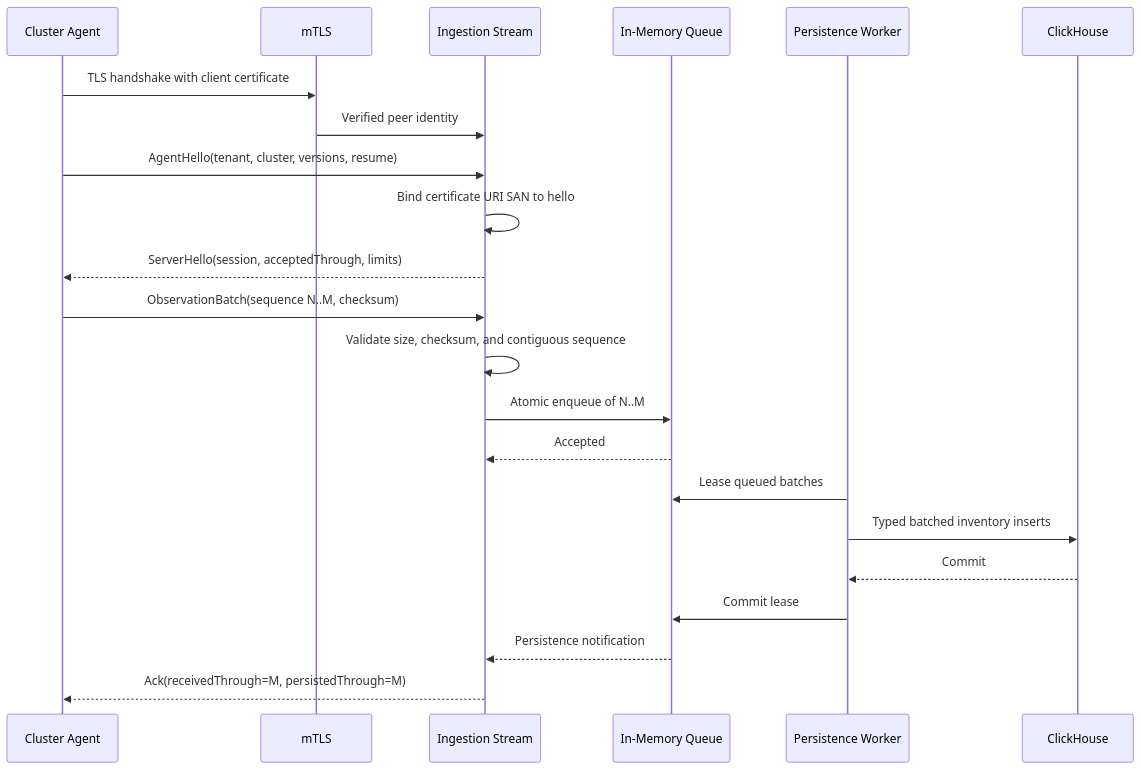
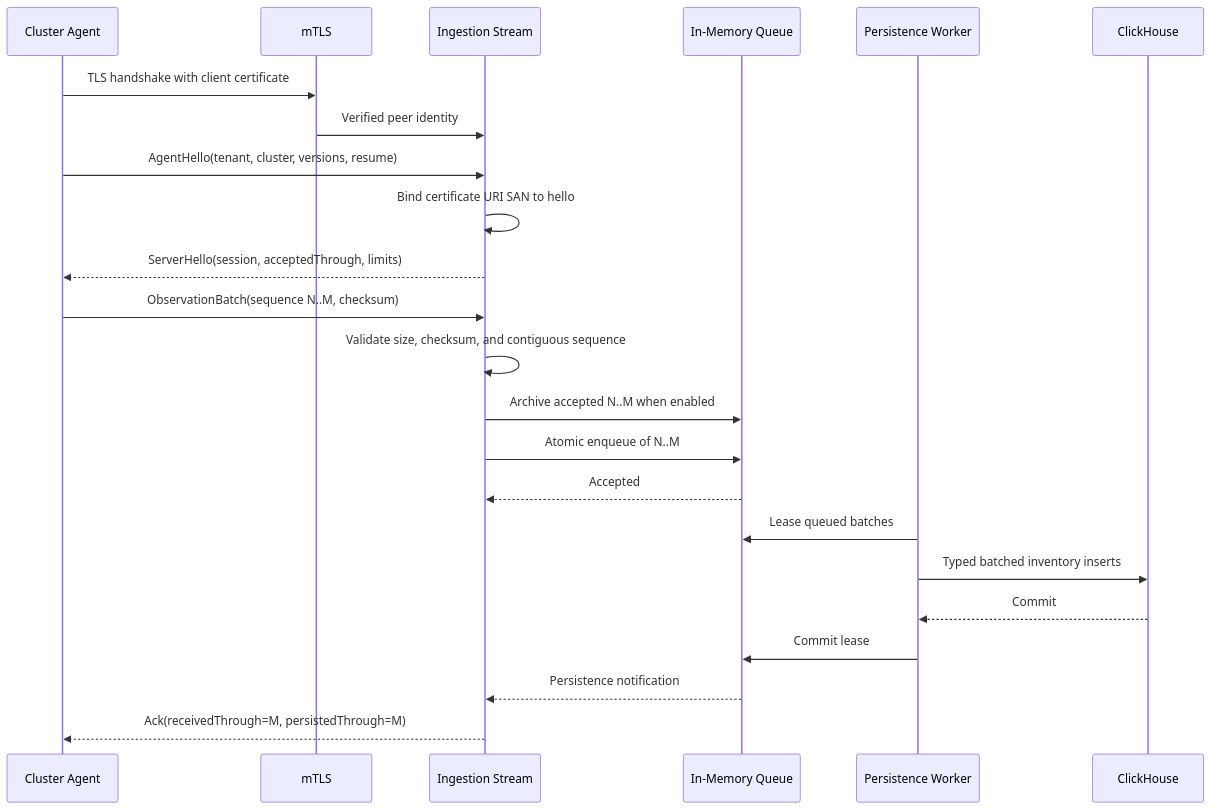
The first of 4 diagrams in docs/18-ingestion-service.md (vinods21/kube-cost), drawn with Mermaid before and after one commit. The commit also changed other lines of this file and 8 other files, not shown here.

````diff
--- a/docs/18-ingestion-service.md
+++ b/docs/18-ingestion-service.md
@@ -62,25 +64,26 @@
 ```mermaid
 sequenceDiagram
     participant A as Cluster Agent
     participant T as mTLS
     participant I as Ingestion Stream
     participant Q as In-Memory Queue
     participant P as Persistence Worker
     participant C as ClickHouse
 
     A->>T: TLS handshake with client certificate
     T->>I: Verified peer identity
     A->>I: AgentHello(tenant, cluster, versions, resume)
     I->>I: Bind certificate URI SAN to hello
     I-->>A: ServerHello(session, acceptedThrough, limits)
     A->>I: ObservationBatch(sequence N..M, checksum)
     I->>I: Validate size, checksum, and contiguous sequence
+    I->>Q: Archive accepted N..M when enabled
     I->>Q: Atomic enqueue of N..M
     Q-->>I: Accepted
     P->>Q: Lease queued batches
     P->>C: Typed batched inventory inserts
     C-->>P: Commit
     P->>Q: Commit lease
     Q-->>I: Persistence notification
     I-->>A: Ack(receivedThrough=M, persistedThrough=M)
 ```
````
